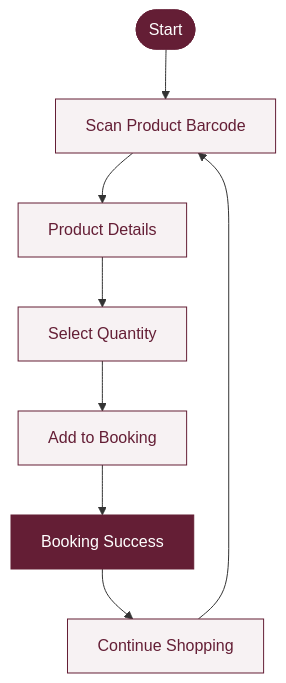
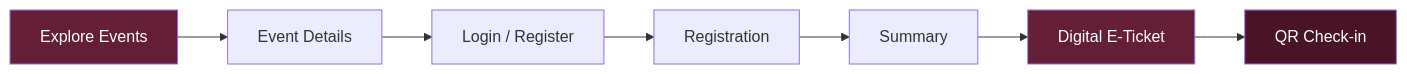
Before and after one commit to sirajfatwasidqy/Event-Booking: the first of 2 diagrams in README.md, drawn with Mermaid. The commit also changed other lines of this file, not shown here.

````diff
--- a/README.md
+++ b/README.md
@@ -87,18 +135,12 @@
 ```mermaid
-flowchart TD
-    A([Start]) --> B[Scan Product Barcode]
-    B --> C[Product Details]
-    C --> D[Select Quantity]
-    D --> E[Add to Booking]
-    E --> F[Booking Success]
-    F --> G[Continue Shopping]
-    G --> B
-
-    style A fill:#641E35,color:#fff,stroke:#641E35
-    style F fill:#641E35,color:#fff,stroke:#641E35
-    style B fill:#F7F2F3,color:#641E35,stroke:#641E35
-    style C fill:#F7F2F3,color:#641E35,stroke:#641E35
-    style D fill:#F7F2F3,color:#641E35,stroke:#641E35
-    style E fill:#F7F2F3,color:#641E35,stroke:#641E35
-    style G fill:#F7F2F3,color:#641E35,stroke:#641E35
+flowchart LR
+    A[Explore Events] --> B[Event Details]
+    B --> C[Login / Register]
+    C --> D[Registration]
+    D --> E[Summary]
+    E --> F[Digital E-Ticket]
+    F --> G[QR Check-in]
+    style A fill:#641E35,color:#fff
+    style F fill:#641E35,color:#fff
+    style G fill:#4A1427,color:#fff
 ```
````
